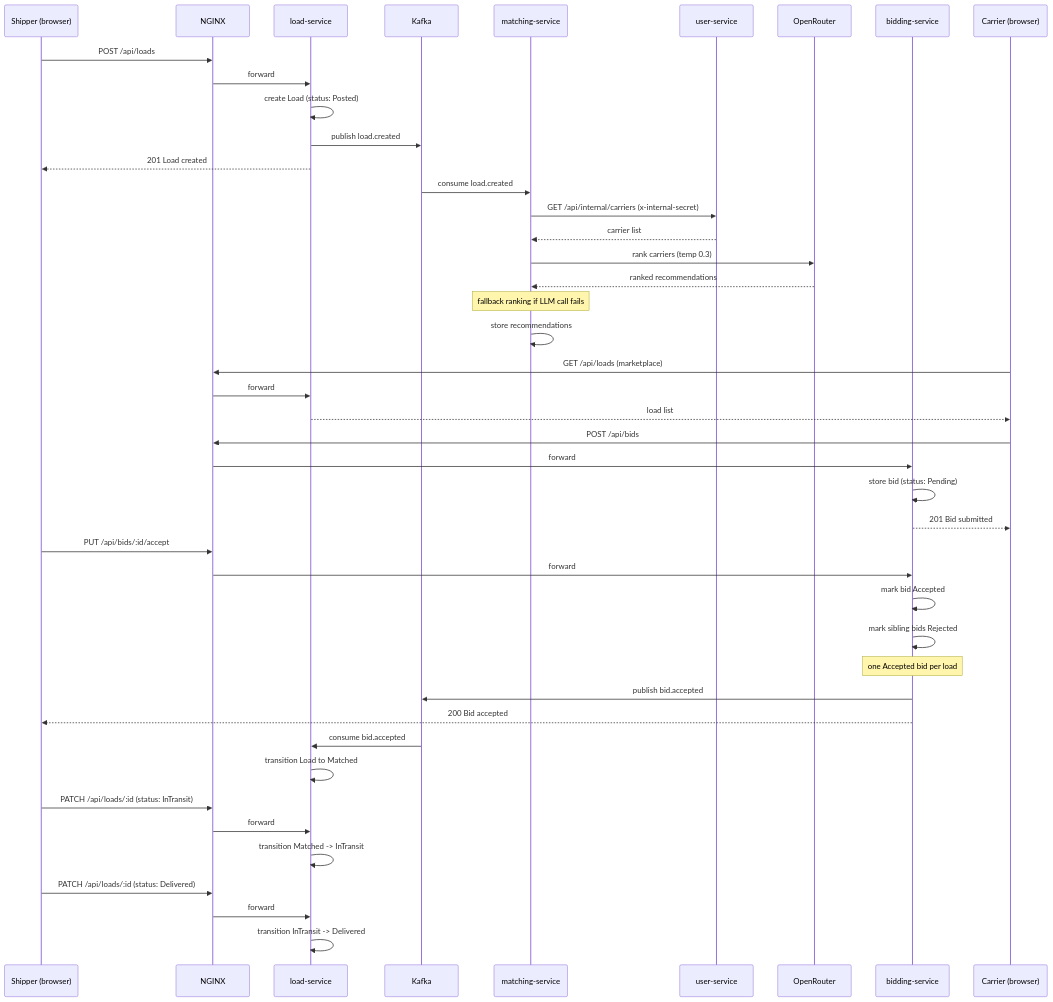
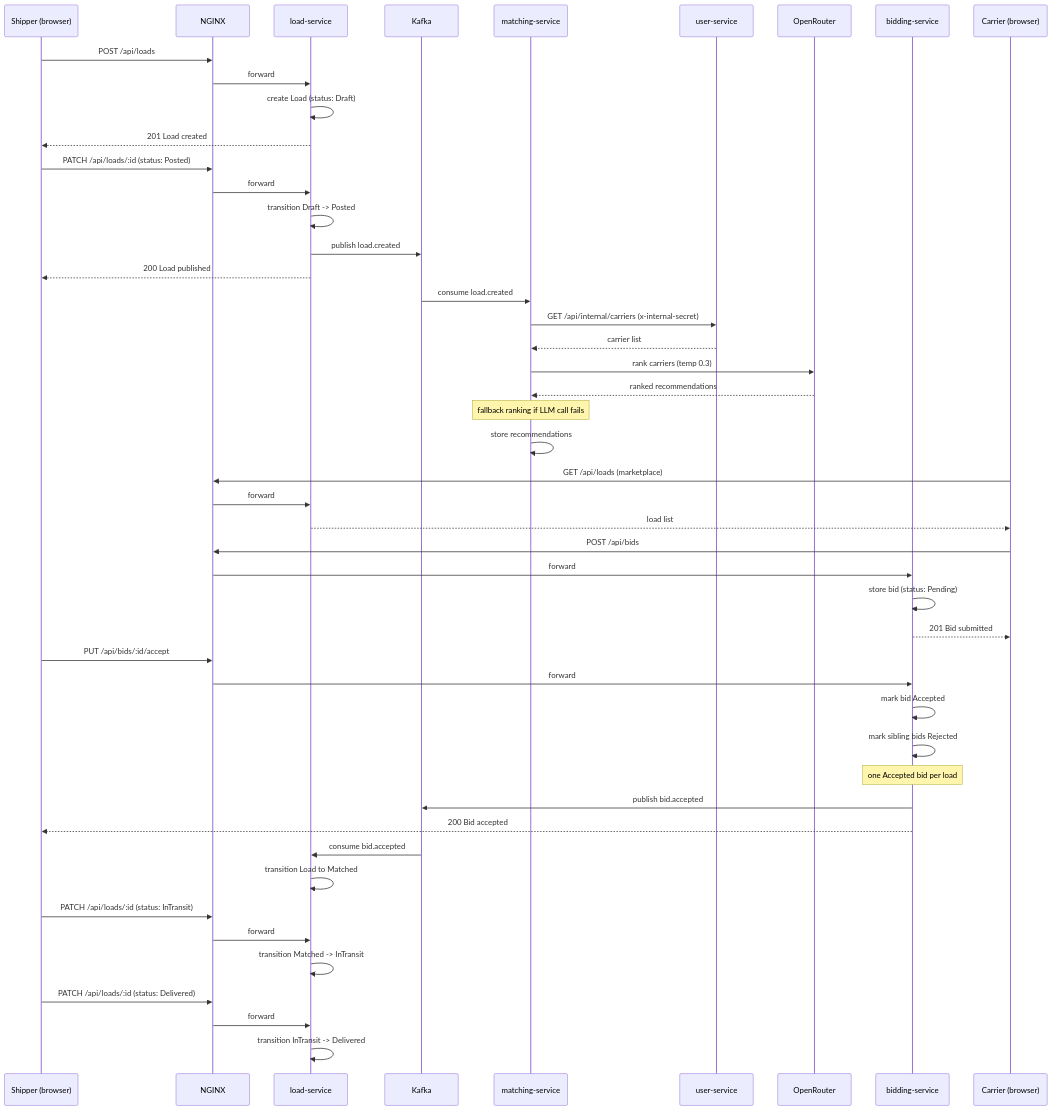
One commit to yigitbozyaka/freightmatch changed the second of 6 diagrams in docs/ARCHITECTURE.md. Above: the diagram before and after it, drawn with Mermaid. The commit also changed other lines of this file, not shown here.

First line of the commit message:
docs(architecture): fix load-create flow and switch \n to <br/> for Mermaid rendering

````diff
--- a/docs/ARCHITECTURE.md
+++ b/docs/ARCHITECTURE.md
@@ -59,54 +59,59 @@
 ```mermaid
 sequenceDiagram
     participant Shipper as Shipper (browser)
     participant NGINX as NGINX
     participant LS as load-service
     participant Kafka as Kafka
     participant MS as matching-service
     participant US as user-service
     participant OR as OpenRouter
     participant BS as bidding-service
     participant Carrier as Carrier (browser)
 
     Shipper->>NGINX: POST /api/loads
     NGINX->>LS: forward
-    LS->>LS: create Load (status: Posted)
+    LS->>LS: create Load (status: Draft)
+    LS-->>Shipper: 201 Load created
+
+    Shipper->>NGINX: PATCH /api/loads/:id (status: Posted)
+    NGINX->>LS: forward
+    LS->>LS: transition Draft -> Posted
     LS->>Kafka: publish load.created
-    LS-->>Shipper: 201 Load created
+    LS-->>Shipper: 200 Load published
 
     Kafka->>MS: consume load.created
     MS->>US: GET /api/internal/carriers (x-internal-secret)
     US-->>MS: carrier list
     MS->>OR: rank carriers (temp 0.3)
     OR-->>MS: ranked recommendations
     Note over MS: fallback ranking if LLM call fails
     MS->>MS: store recommendations
 
     Carrier->>NGINX: GET /api/loads (marketplace)
     NGINX->>LS: forward
     LS-->>Carrier: load list
 
     Carrier->>NGINX: POST /api/bids
     NGINX->>BS: forward
     BS->>BS: store bid (status: Pending)
     BS-->>Carrier: 201 Bid submitted
 
     Shipper->>NGINX: PUT /api/bids/:id/accept
     NGINX->>BS: forward
     BS->>BS: mark bid Accepted
     BS->>BS: mark sibling bids Rejected
     Note over BS: one Accepted bid per load
     BS->>Kafka: publish bid.accepted
     BS-->>Shipper: 200 Bid accepted
 
     Kafka->>LS: consume bid.accepted
     LS->>LS: transition Load to Matched
 
     Shipper->>NGINX: PATCH /api/loads/:id (status: InTransit)
     NGINX->>LS: forward
     LS->>LS: transition Matched -> InTransit
 
     Shipper->>NGINX: PATCH /api/loads/:id (status: Delivered)
     NGINX->>LS: forward
     LS->>LS: transition InTransit -> Delivered
 ```
````
